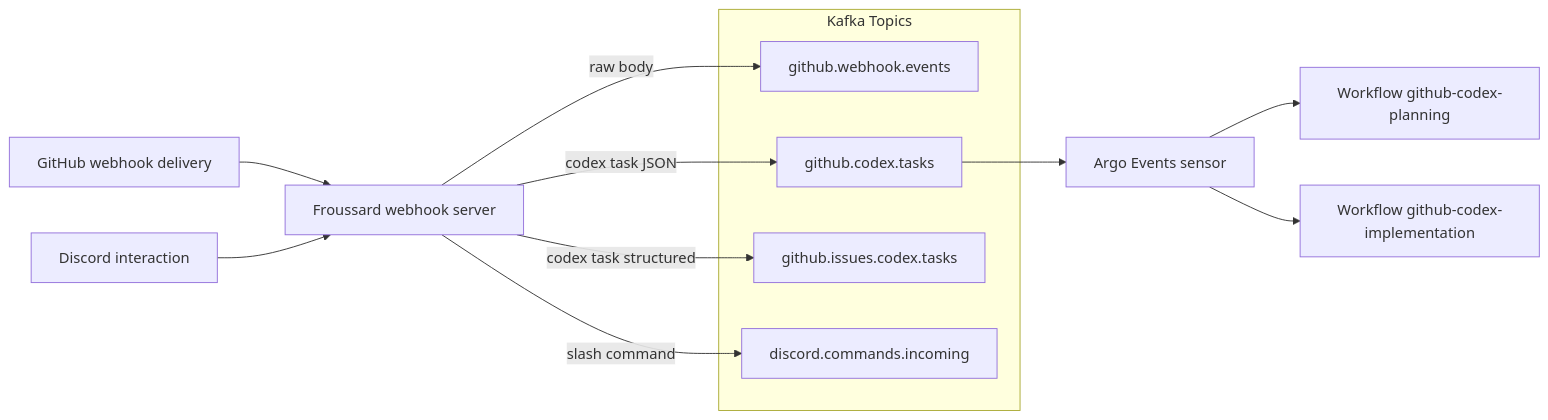
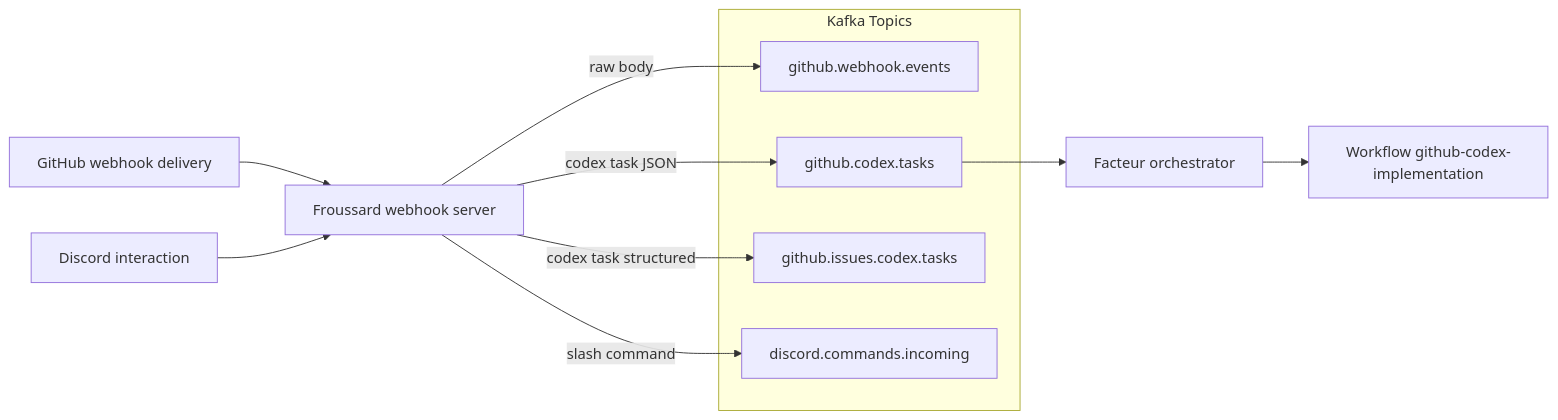
Before and after one commit to proompteng/lab: the diagram in apps/froussard/README.md, drawn with Mermaid. The commit also changed other lines of this file and 69 other files, not shown here.

Commit message:
refactor: migrate codex to implementation-only flow

````diff
--- a/apps/froussard/README.md
+++ b/apps/froussard/README.md
@@ -10,18 +10,17 @@
 ```mermaid
 flowchart LR
   GH[GitHub webhook delivery] --> Froussard[Froussard webhook server]
   Discord[Discord interaction] --> Froussard
   subgraph Kafka Topics
     Raw[github.webhook.events]
     Tasks[github.codex.tasks]
     Structured[github.issues.codex.tasks]
     DiscordTopic[discord.commands.incoming]
   end
   Froussard -->|raw body| Raw
   Froussard -->|codex task JSON| Tasks
   Froussard -->|codex task structured| Structured
   Froussard -->|slash command| DiscordTopic
-  Tasks --> Sensor[Argo Events sensor]
-  Sensor --> Planning[Workflow github-codex-planning]
-  Sensor --> Implementation[Workflow github-codex-implementation]
+  Tasks --> Facteur[Facteur orchestrator]
+  Facteur --> Implementation[Workflow github-codex-implementation]
 ```
````
